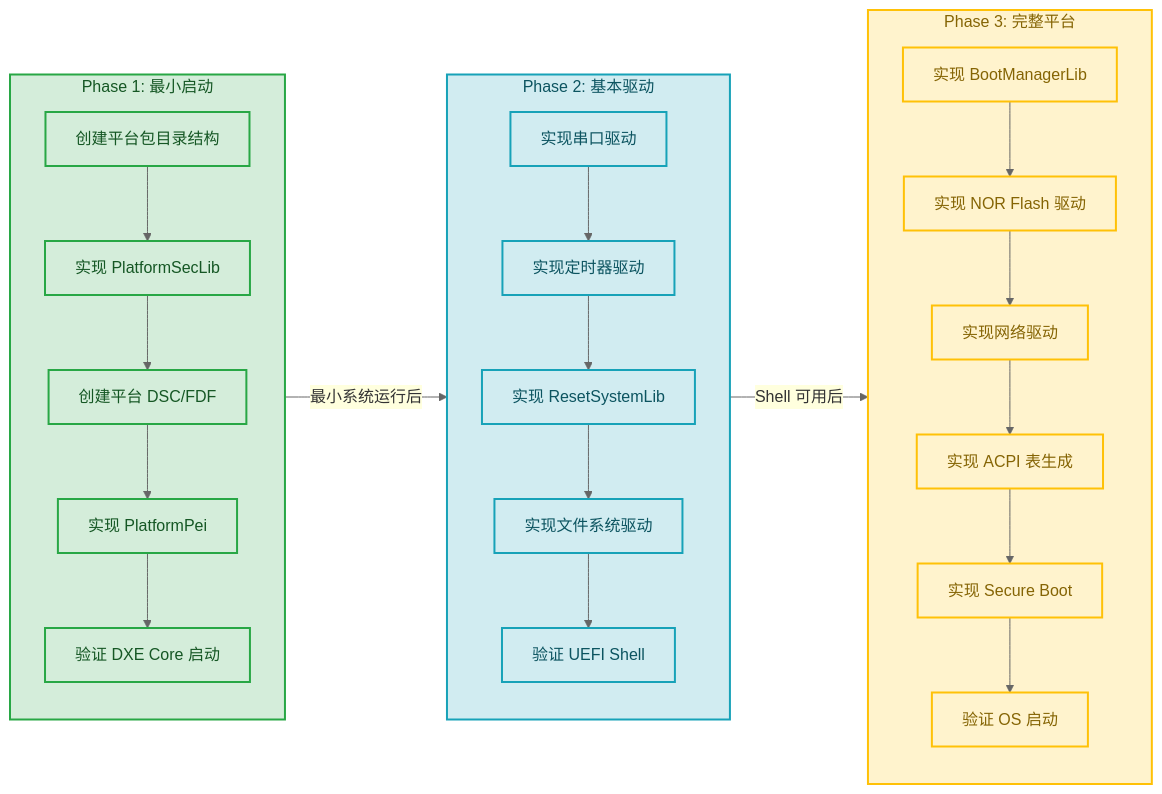
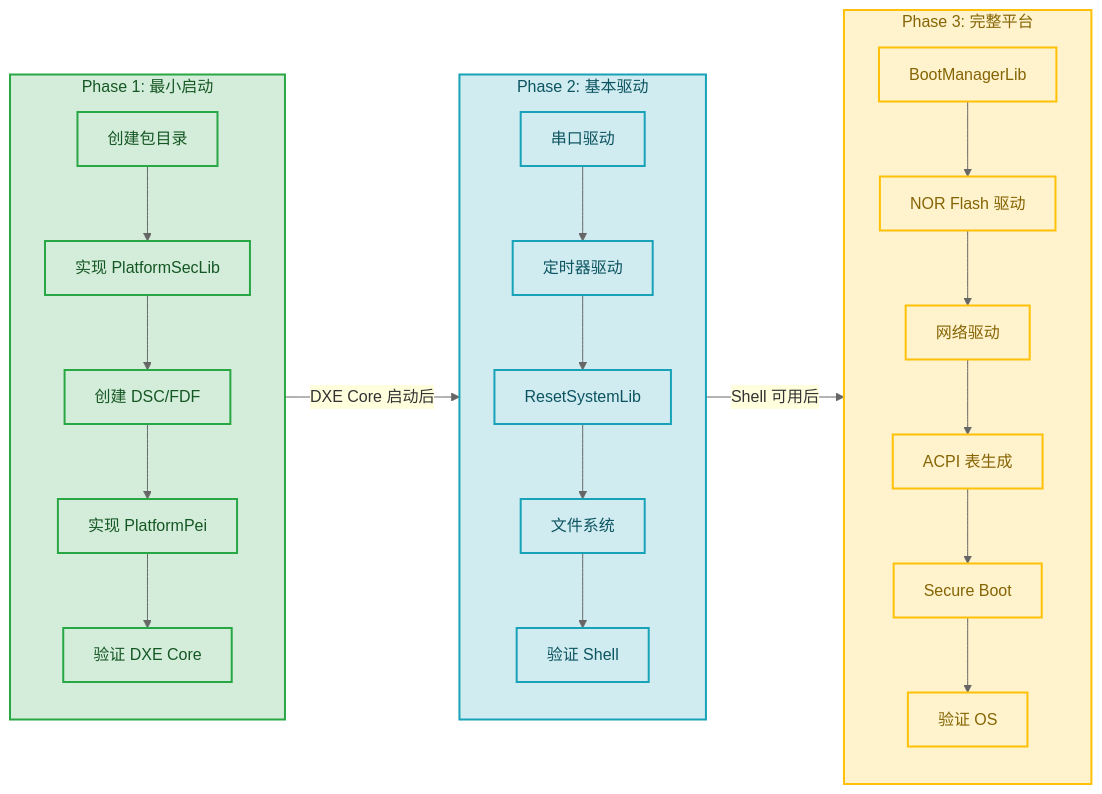
Before and after one commit to swjtuer326/cs-learning-notes: the fourth of 4 diagrams in edk2/06-riscv-platform.md, drawn with Mermaid. The commit also changed other lines of this file and 8 other files, not shown here.

````diff
--- a/edk2/06-riscv-platform.md
+++ b/edk2/06-riscv-platform.md
@@ -473,41 +349,35 @@
 ```mermaid
 %%{init: {"theme": "base", "themeVariables": {"primaryColor": "#ECECFF", "primaryTextColor": "#333333", "primaryBorderColor": "#9370DB", "lineColor": "#666666", "secondaryColor": "#ffffde", "secondaryBorderColor": "#aaaa33", "tertiaryColor": "#f0f0f0", "fontFamily": "\"trebuchet ms\", verdana, arial, sans-serif"}}}%%
 flowchart LR
     subgraph Phase1["Phase 1: 最小启动"]
-        T1["创建平台包目录结构"]
-        T2["实现 PlatformSecLib"]
-        T3["创建平台 DSC/FDF"]
-        T4["实现 PlatformPei"]
-        T5["验证 DXE Core 启动"]
-        T1 --> T2 --> T3 --> T4 --> T5
+        T1["创建包目录"] --> T2["实现 PlatformSecLib"]
+        T2 --> T3["创建 DSC/FDF"]
+        T3 --> T4["实现 PlatformPei"]
+        T4 --> T5["验证 DXE Core"]
     end
 
     subgraph Phase2["Phase 2: 基本驱动"]
-        T6["实现串口驱动"]
-        T7["实现定时器驱动"]
-        T8["实现 ResetSystemLib"]
-        T9["实现文件系统驱动"]
-        T10["验证 UEFI Shell"]
-        T6 --> T7 --> T8 --> T9 --> T10
+        T6["串口驱动"] --> T7["定时器驱动"]
+        T7 --> T8["ResetSystemLib"]
+        T8 --> T9["文件系统"]
+        T9 --> T10["验证 Shell"]
     end
 
     subgraph Phase3["Phase 3: 完整平台"]
-        T11["实现 BootManagerLib"]
-        T12["实现 NOR Flash 驱动"]
-        T13["实现网络驱动"]
-        T14["实现 ACPI 表生成"]
-        T15["实现 Secure Boot"]
-        T16["验证 OS 启动"]
-        T11 --> T12 --> T13 --> T14 --> T15 --> T16
+        T11["BootManagerLib"] --> T12["NOR Flash 驱动"]
+        T12 --> T13["网络驱动"]
+        T13 --> T14["ACPI 表生成"]
+        T14 --> T15["Secure Boot"]
+        T15 --> T16["验证 OS"]
     end
 
-    Phase1 -->|最小系统运行后| Phase2
-    Phase2 -->|Shell 可用后| Phase3
+    Phase1 -->|"DXE Core 启动后"| Phase2
+    Phase2 -->|"Shell 可用后"| Phase3
 
     classDef phase1 fill:#d4edda,stroke:#28a745,color:#155724,stroke-width:2px
     classDef phase2 fill:#d1ecf1,stroke:#17a2b8,color:#0c5460,stroke-width:2px
     classDef phase3 fill:#fff3cd,stroke:#ffc107,color:#856404,stroke-width:2px
     class Phase1,T1,T2,T3,T4,T5 phase1
     class Phase2,T6,T7,T8,T9,T10 phase2
     class Phase3,T11,T12,T13,T14,T15,T16 phase3
 ```
````
